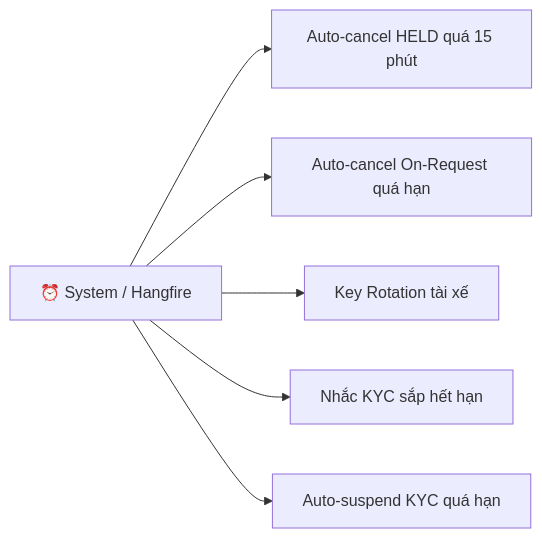
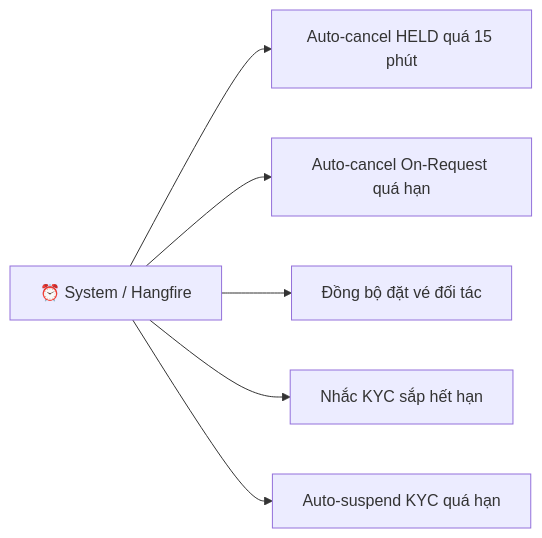
One commit to thanh-16/B2B_Tour changed the eighth of 24 diagrams in docs/actors.md. Above: the diagram before and after it, drawn with Mermaid. The commit also changed other lines of this file and 1 other file, not shown here.

````diff
--- a/docs/actors.md
+++ b/docs/actors.md
@@ -274,10 +262,10 @@
 ```mermaid
 graph LR
     SYS["⏰ System / Hangfire"]
 
     SYS --> JOB1["Auto-cancel HELD quá 15 phút"]
     SYS --> JOB2["Auto-cancel On-Request quá hạn"]
-    SYS --> JOB3["Key Rotation tài xế"]
+    SYS --> JOB3["Đồng bộ đặt vé đối tác"]
     SYS --> JOB4["Nhắc KYC sắp hết hạn"]
     SYS --> JOB5["Auto-suspend KYC quá hạn"]
 ```
````
